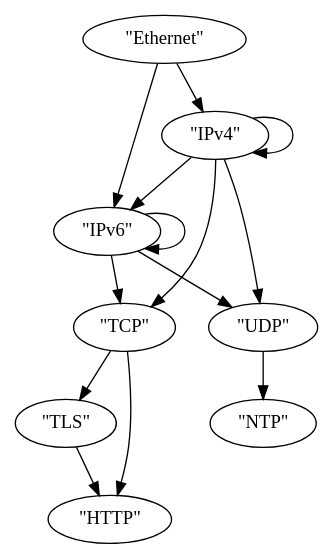
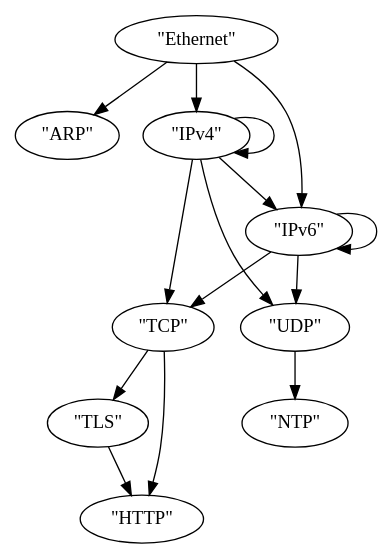
One commit to saschagrunert/peel-ip changed the diagram in graph.dot. Above: the diagram before and after it, drawn with Graphviz. The commit also changed 8 other files, not shown here.

```diff
--- a/graph.dot
+++ b/graph.dot
@@ -1,23 +1,25 @@
 digraph {
     0 [label="\"Ethernet\""]
-    1 [label="\"IPv4\""]
-    2 [label="\"IPv6\""]
-    3 [label="\"TCP\""]
-    4 [label="\"UDP\""]
-    5 [label="\"TLS\""]
-    6 [label="\"HTTP\""]
-    7 [label="\"NTP\""]
+    1 [label="\"ARP\""]
+    2 [label="\"IPv4\""]
+    3 [label="\"IPv6\""]
+    4 [label="\"TCP\""]
+    5 [label="\"UDP\""]
+    6 [label="\"TLS\""]
+    7 [label="\"HTTP\""]
+    8 [label="\"NTP\""]
     0 -> 1
     0 -> 2
-    1 -> 2
-    1 -> 1
+    0 -> 3
+    2 -> 3
     2 -> 2
-    1 -> 3
-    2 -> 3
-    1 -> 4
+    3 -> 3
     2 -> 4
+    3 -> 4
+    2 -> 5
     3 -> 5
-    3 -> 6
-    5 -> 6
+    4 -> 6
     4 -> 7
+    6 -> 7
+    5 -> 8
 }
```
